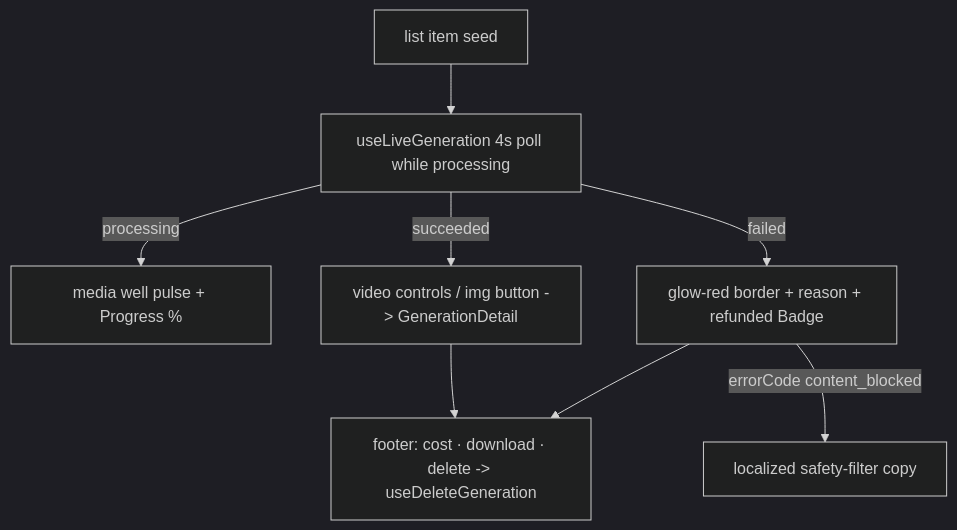
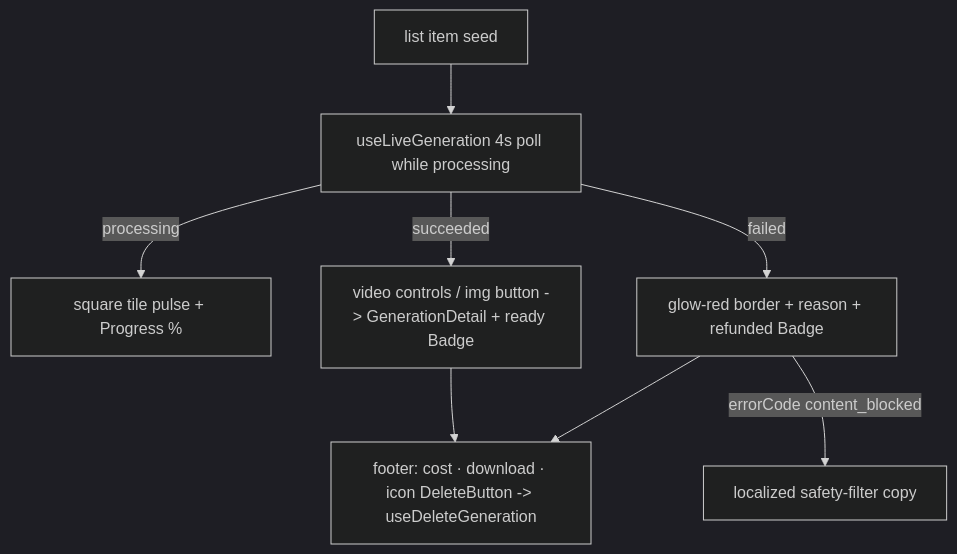
One commit to AzamatRaimbekov2/openCreate changed the diagram in apps/web/src/modules/Gallery/components/GenerationCard.tsx.md. Above: the diagram before and after it, drawn with Mermaid (dark theme). The commit also changed other lines of this file and 24 other files, not shown here.

````diff
--- a/apps/web/src/modules/Gallery/components/GenerationCard.tsx.md
+++ b/apps/web/src/modules/Gallery/components/GenerationCard.tsx.md
@@ -39,9 +41,9 @@
 ```mermaid
 flowchart TD
   SEED[list item seed] --> UL[useLiveGeneration 4s poll while processing]
-  UL -->|processing| P[media well pulse + Progress %]
-  UL -->|succeeded| S[video controls / img button -> GenerationDetail]
+  UL -->|processing| P[square tile pulse + Progress %]
+  UL -->|succeeded| S[video controls / img button -> GenerationDetail + ready Badge]
   UL -->|failed| F[glow-red border + reason + refunded Badge]
   F -->|errorCode content_blocked| CB[localized safety-filter copy]
-  S & F --> A[footer: cost · download · delete -> useDeleteGeneration]
+  S & F --> A[footer: cost · download · icon DeleteButton -> useDeleteGeneration]
 ```
````
